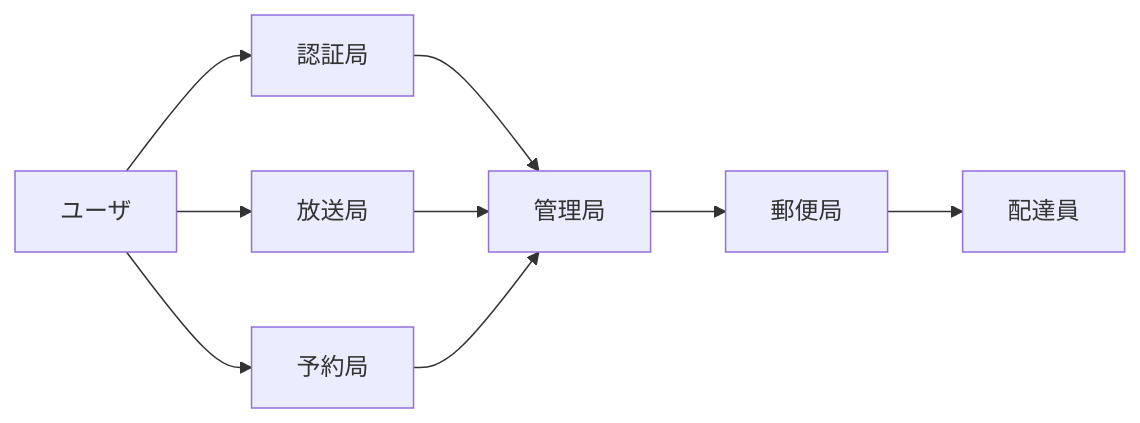
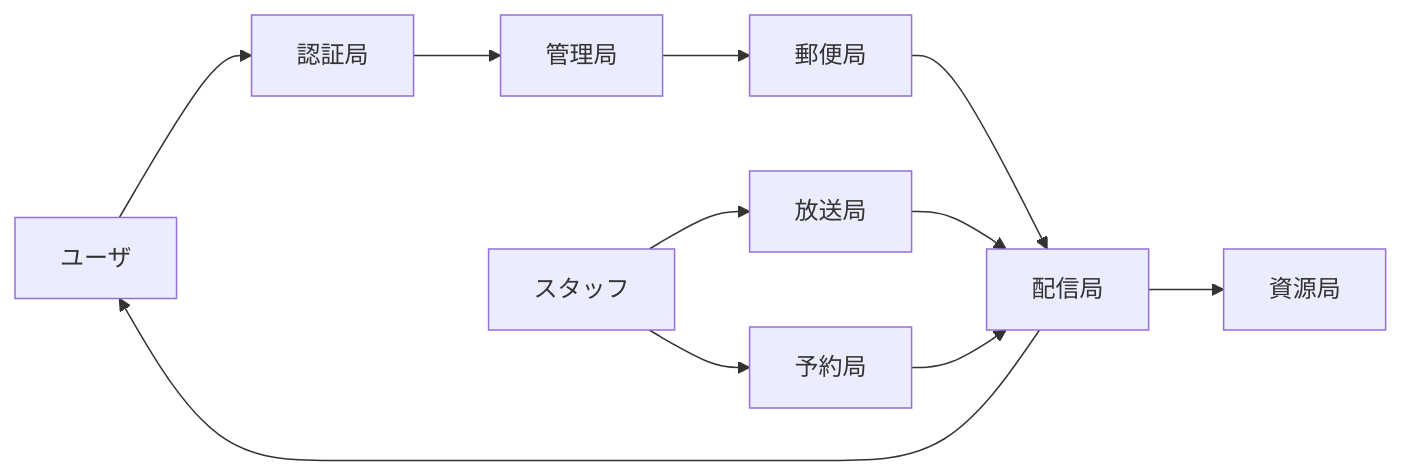
Before and after one commit to nakaone/EventStaff: the first of 5 diagrams in doc/server.md, drawn with Mermaid. The commit also changed other lines of this file and 7 other files, not shown here.

````diff
--- a/doc/server.md
+++ b/doc/server.md
@@ -48,11 +69,16 @@
 ```mermaid
 graph LR
   user[ユーザ] --> auth[認証局]
   auth --> master[管理局]
   master --> post[郵便局]
-  post --> deli[配達員]
-  user --> broad[放送局]
-  broad --> master
-  user --> reserv[予約局]
-  reserv --> master
+  post --> Agent[配信局]
+
+  staff[スタッフ] --> broad[放送局]
+  broad --> Agent
+
+  staff --> reserv[予約局]
+  reserv --> Agent
+  Agent --> user
+
+  Agent --> Agency[資源局]
 ```
````
